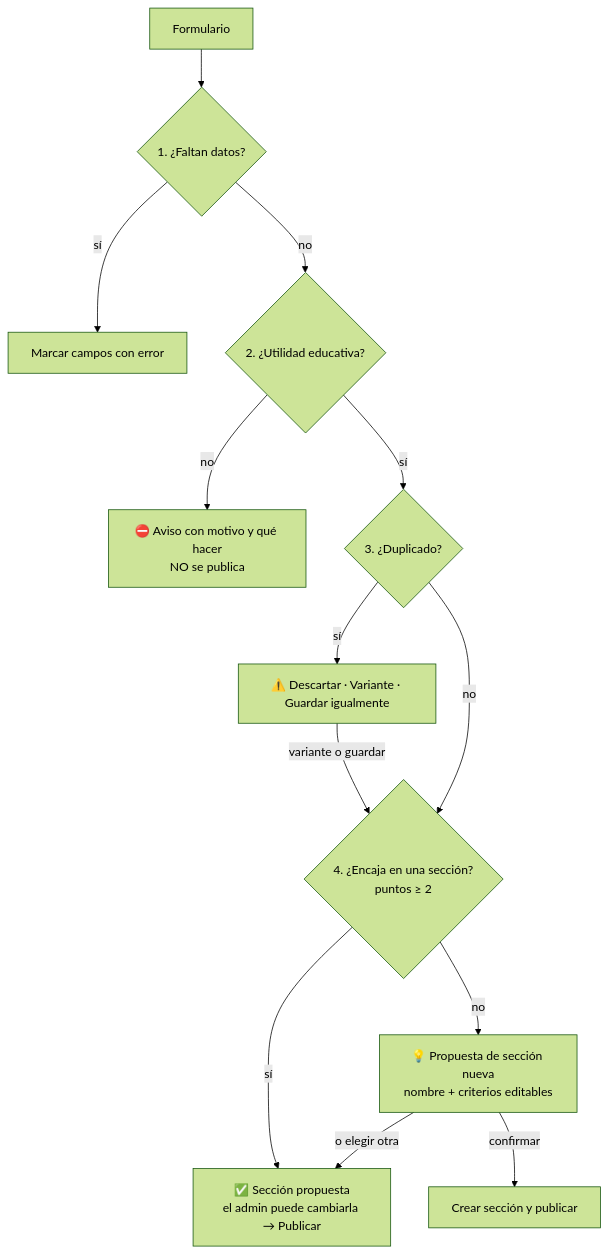
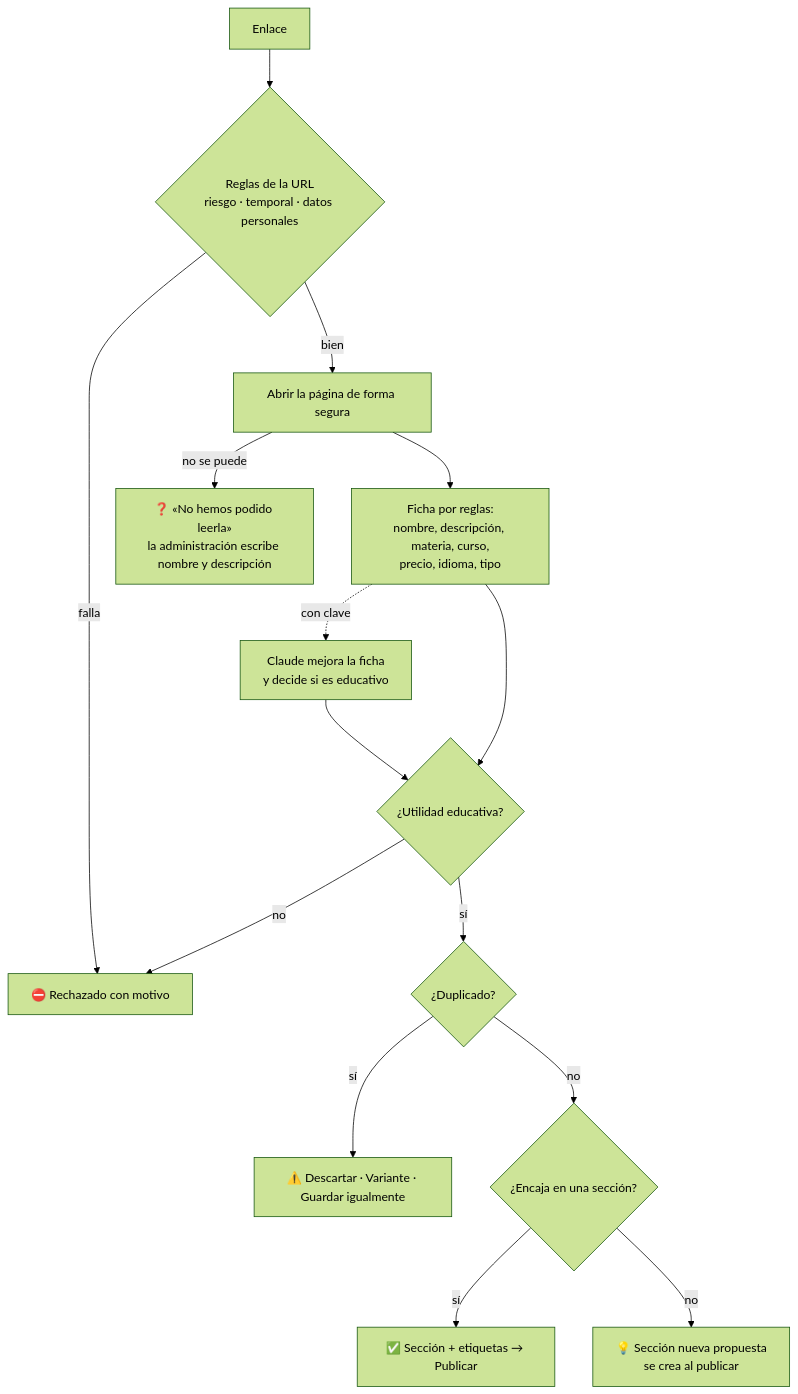
Before and after one commit to dmanjon-star/plataforma_recursos_educativos_safa: the second of 2 diagrams in docs/ARQUITECTURA.md, drawn with Mermaid (forest theme). The commit also changed other lines of this file and 53 other files, not shown here.

````diff
--- a/docs/ARQUITECTURA.md
+++ b/docs/ARQUITECTURA.md
@@ -148,15 +123,17 @@
 ```mermaid
 flowchart TD
-  F[Formulario] --> R{1. ¿Faltan datos?}
-  R -- sí --> E[Marcar campos con error]
-  R -- no --> V{2. ¿Utilidad educativa?}
-  V -- no --> X[⛔ Aviso con motivo y qué hacer<br/>NO se publica]
-  V -- sí --> D{3. ¿Duplicado?}
+  U[Enlace] --> R{Reglas de la URL<br/>riesgo · temporal · datos personales}
+  R -- falla --> X[⛔ Rechazado con motivo]
+  R -- bien --> P[Abrir la página de forma segura]
+  P -- no se puede --> Q[❓ «No hemos podido leerla»<br/>la administración escribe nombre y descripción]
+  P --> F[Ficha por reglas:<br/>nombre, descripción, materia, curso,<br/>precio, idioma, tipo]
+  F -. con clave .-> IA[Claude mejora la ficha<br/>y decide si es educativo]
+  F --> V{¿Utilidad educativa?}
+  IA --> V
+  V -- no --> X
+  V -- sí --> D{¿Duplicado?}
   D -- sí --> DD[⚠️ Descartar · Variante · Guardar igualmente]
-  DD -- variante o guardar --> K
-  D -- no --> K{4. ¿Encaja en una sección?<br/>puntos ≥ 2}
-  K -- sí --> OK[✅ Sección propuesta<br/>el admin puede cambiarla → Publicar]
-  K -- no --> N[💡 Propuesta de sección nueva<br/>nombre + criterios editables]
-  N -- confirmar --> NC[Crear sección y publicar]
-  N -- o elegir otra --> OK
+  D -- no --> K{¿Encaja en una sección?}
+  K -- sí --> OK[✅ Sección + etiquetas → Publicar]
+  K -- no --> N[💡 Sección nueva propuesta<br/>se crea al publicar]
 ```
````
